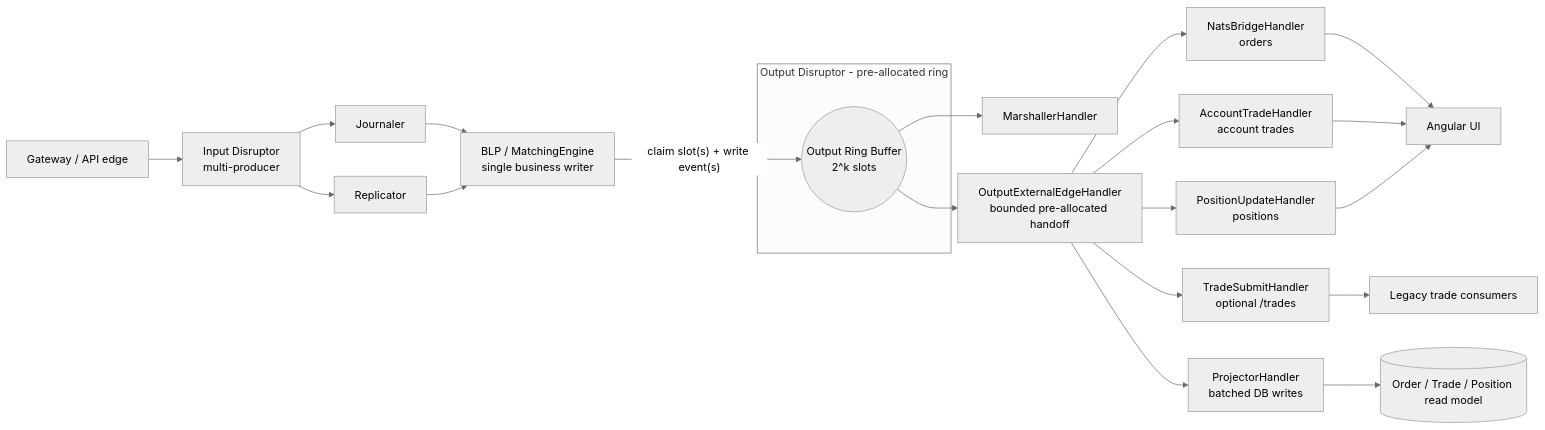
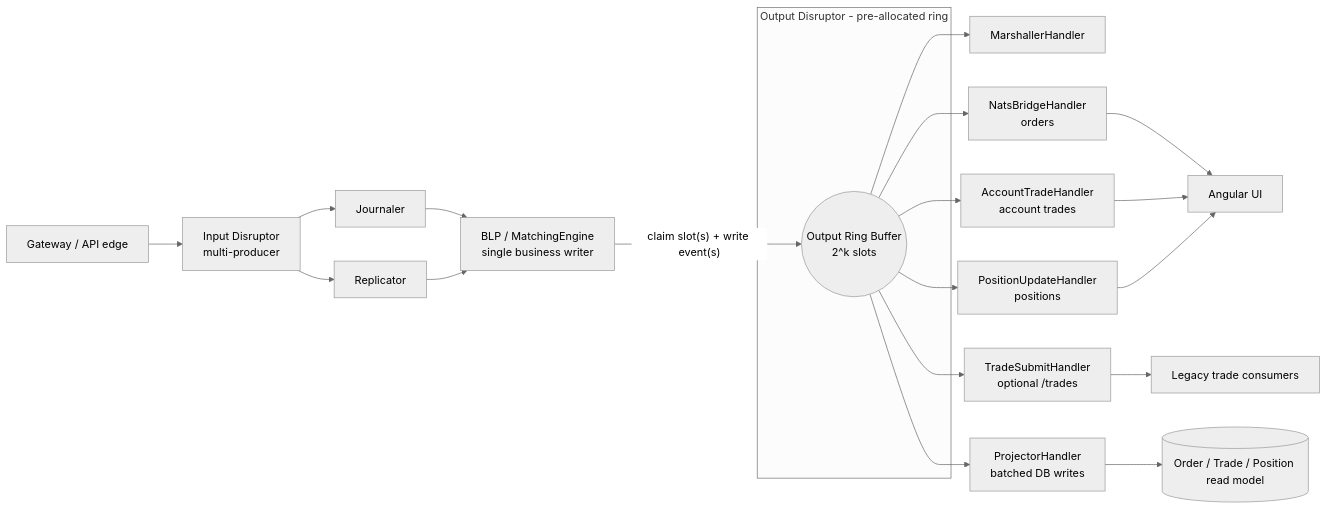
One commit to YU-CS-Summer-2026-Distributed-TraderX/traderX changed the diagram in LMAX-OUTPUT-DISRUPTOR.md. Above: the diagram before and after it, drawn with Mermaid (neutral theme). The commit also changed other lines of this file and 11 other files, not shown here.

````diff
--- a/LMAX-OUTPUT-DISRUPTOR.md
+++ b/LMAX-OUTPUT-DISRUPTOR.md
@@ -66,28 +66,27 @@
 ```mermaid
 flowchart LR
   G["Gateway / API edge"] --> IR["Input Disruptor<br/>multi-producer"]
   IR --> J["Journaler"]
   IR --> R["Replicator"]
   J --> BLP["BLP / MatchingEngine<br/>single business writer"]
   R --> BLP
 
   BLP -->|"claim slot(s) + write event(s)"| OR
 
   subgraph OUTD["Output Disruptor - pre-allocated ring"]
     OR(("Output Ring Buffer<br/>2^k slots"))
   end
 
   OR --> M["MarshallerHandler"]
-  OR --> EDGE["OutputExternalEdgeHandler<br/>bounded pre-allocated handoff"]
-  EDGE --> NB["NatsBridgeHandler<br/>orders"]
-  EDGE --> AT["AccountTradeHandler<br/>account trades"]
-  EDGE --> PU["PositionUpdateHandler<br/>positions"]
-  EDGE --> TS["TradeSubmitHandler<br/>optional /trades"]
-  EDGE --> PRJ["ProjectorHandler<br/>batched DB writes"]
+  OR --> NB["NatsBridgeHandler<br/>orders"]
+  OR --> AT["AccountTradeHandler<br/>account trades"]
+  OR --> PU["PositionUpdateHandler<br/>positions"]
+  OR --> TS["TradeSubmitHandler<br/>optional /trades"]
+  OR --> PRJ["ProjectorHandler<br/>batched DB writes"]
 
   NB --> UI["Angular UI"]
   AT --> UI
   PU --> UI
   TS --> LEGACY["Legacy trade consumers"]
   PRJ --> DB[("Order / Trade / Position read model")]
 ```
````
